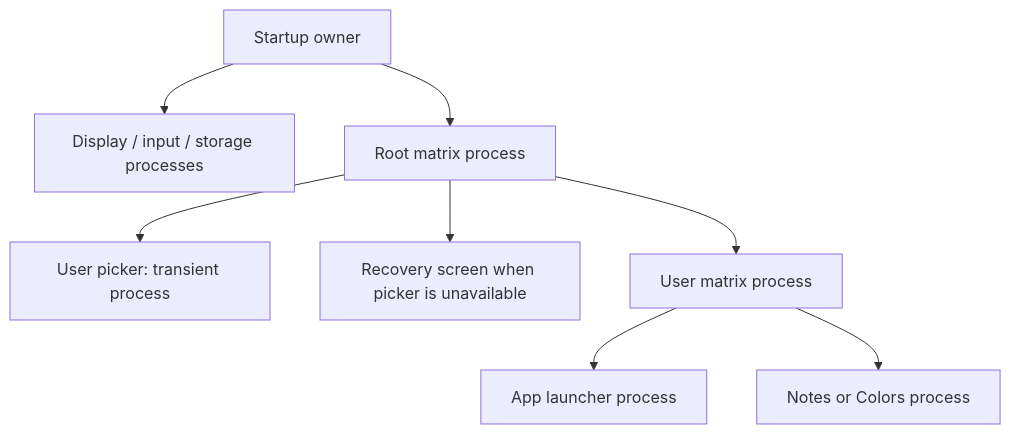
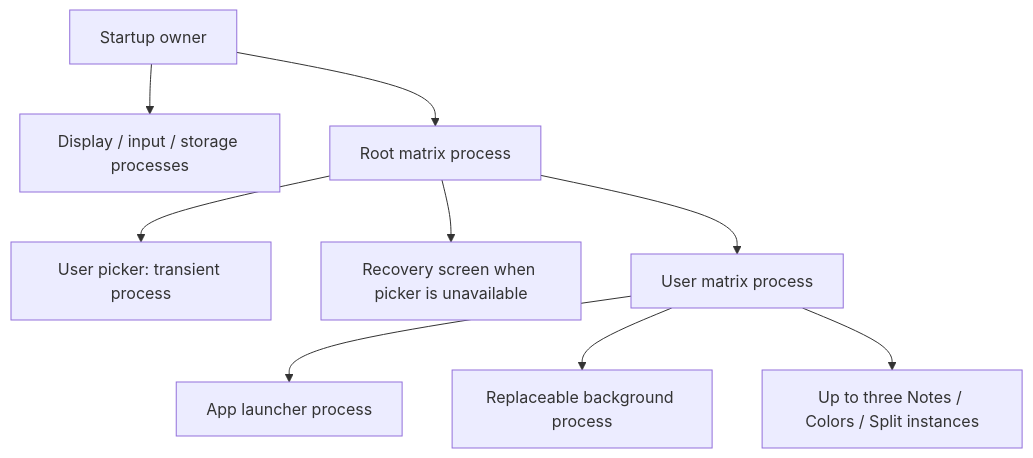
The diagram in source-rs/distribution/README.md (CathedralOS/Cathedral), drawn with Mermaid before and after one commit. The commit also changed other lines of this file and 85 other files, not shown here.

Commit message:
rust: separate desktop roles and support multiple app instances

````diff
--- a/source-rs/distribution/README.md
+++ b/source-rs/distribution/README.md
@@ -101,10 +101,11 @@
 ```mermaid
 flowchart TD
     owner[Startup owner] --> services[Display / input / storage processes]
     owner --> root[Root matrix process]
     root --> picker[User picker: transient process]
     root --> recovery[Recovery screen when picker is unavailable]
     root --> user[User matrix process]
     user --> launcher[App launcher process]
-    user --> app[Notes or Colors process]
+    user --> background[Replaceable background process]
+    user --> app[Up to three Notes / Colors / Split instances]
 ```
````
